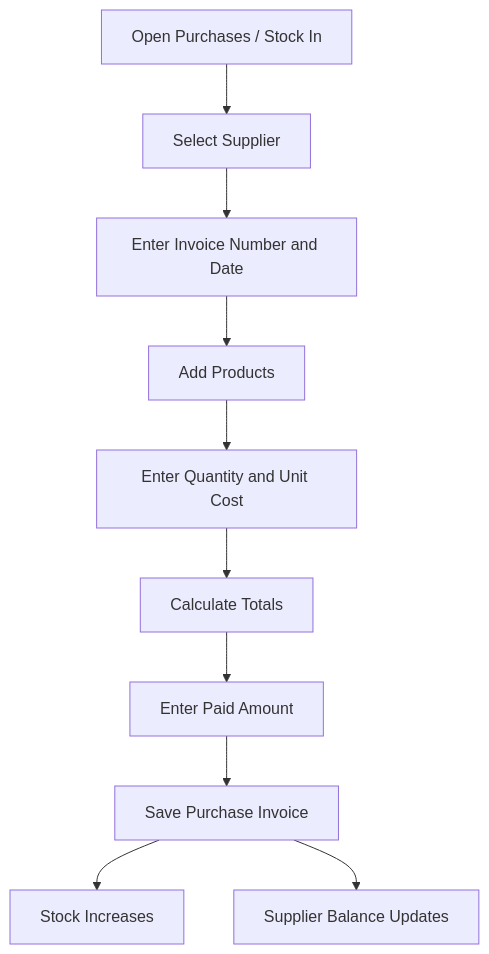
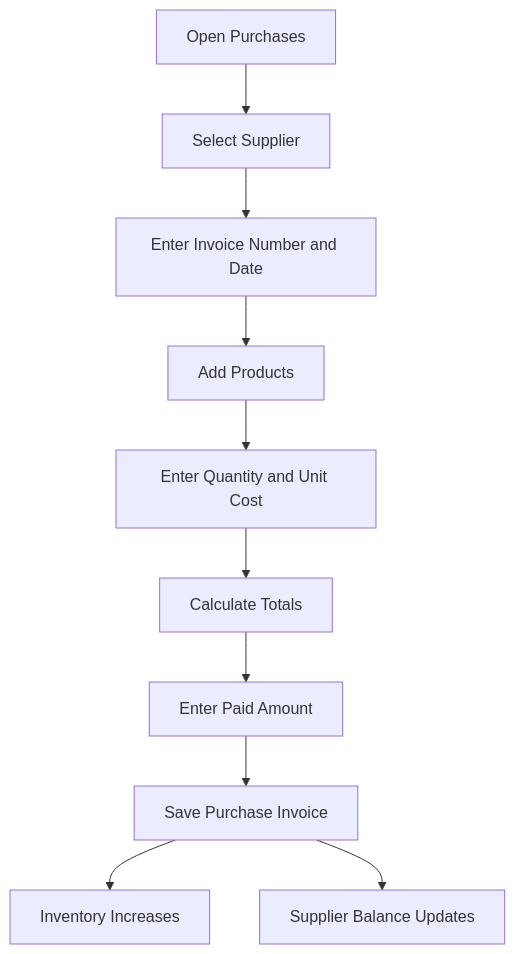
One commit to baderkothman/steel-inventory changed the third of 4 diagrams in SRS.md. Above: the diagram before and after it, drawn with Mermaid. The commit also changed other lines of this file and 40 other files, not shown here.

````diff
--- a/SRS.md
+++ b/SRS.md
@@ -344,12 +344,12 @@
 ```mermaid
 flowchart TD
-    A[Open Purchases / Stock In] --> B[Select Supplier]
+    A[Open Purchases] --> B[Select Supplier]
     B --> C[Enter Invoice Number and Date]
     C --> D[Add Products]
     D --> E[Enter Quantity and Unit Cost]
     E --> F[Calculate Totals]
     F --> G[Enter Paid Amount]
     G --> H[Save Purchase Invoice]
-    H --> I[Stock Increases]
+    H --> I[Inventory Increases]
     H --> J[Supplier Balance Updates]
 ```
````
